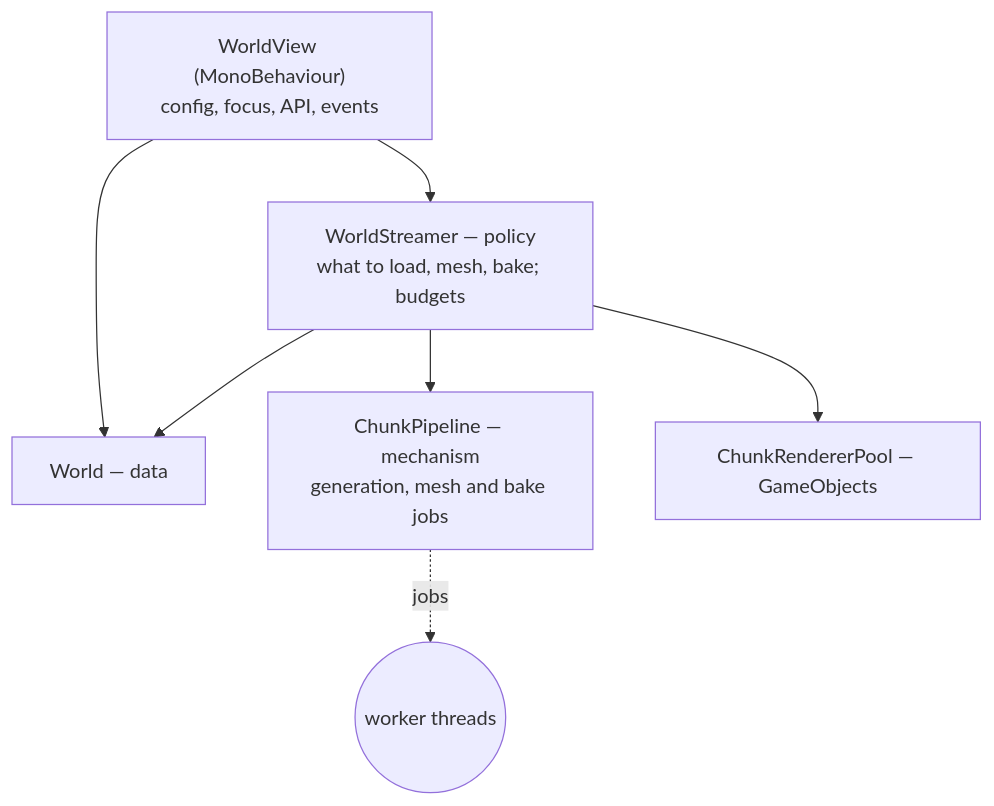
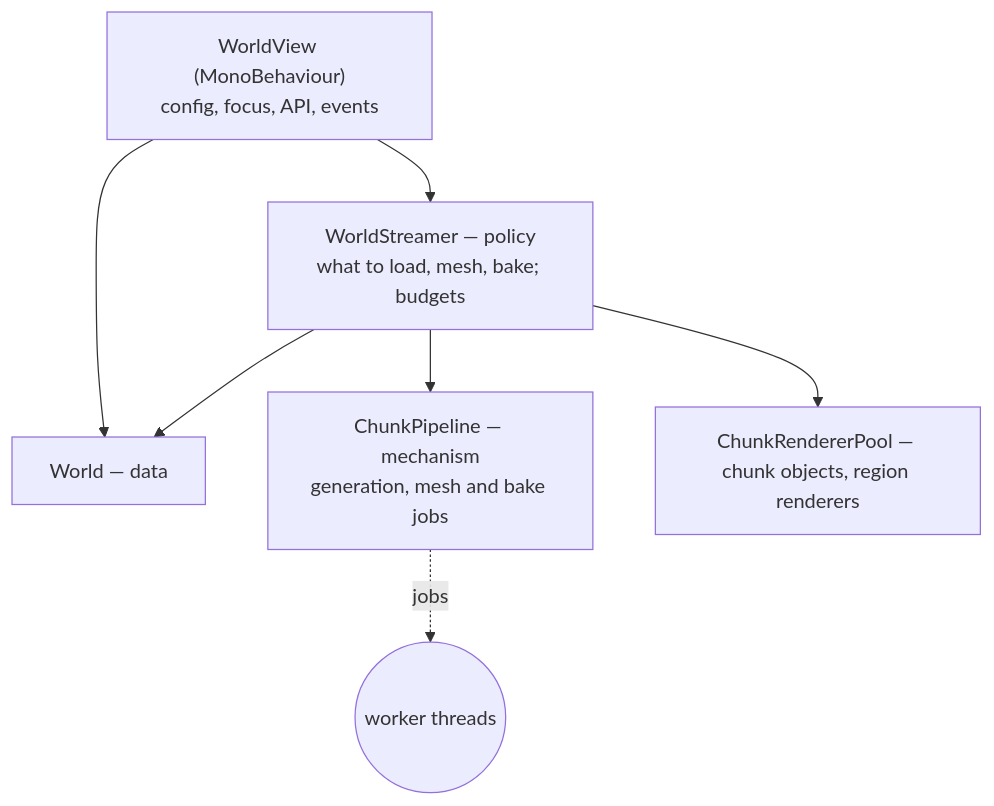
Before and after one commit to landonairey/clube: the third of 6 diagrams in Docs/architecture.md, drawn with Mermaid. The commit also changed other lines of this file and 2 other files, not shown here.

Commit message:
GL776: docs: drawing by region, results

````diff
--- a/Docs/architecture.md
+++ b/Docs/architecture.md
@@ -498,9 +500,9 @@
 ```mermaid
 flowchart TB
     WV["WorldView (MonoBehaviour)<br/>config, focus, API, events"] --> WS
     WV --> W
     WS["WorldStreamer — policy<br/>what to load, mesh, bake; budgets"] --> CP
     WS --> W["World — data"]
-    WS --> RP["ChunkRendererPool — GameObjects"]
+    WS --> RP["ChunkRendererPool — chunk objects, region renderers"]
     CP["ChunkPipeline — mechanism<br/>generation, mesh and bake jobs"] -. jobs .-> Workers((worker threads))
 ```
````
